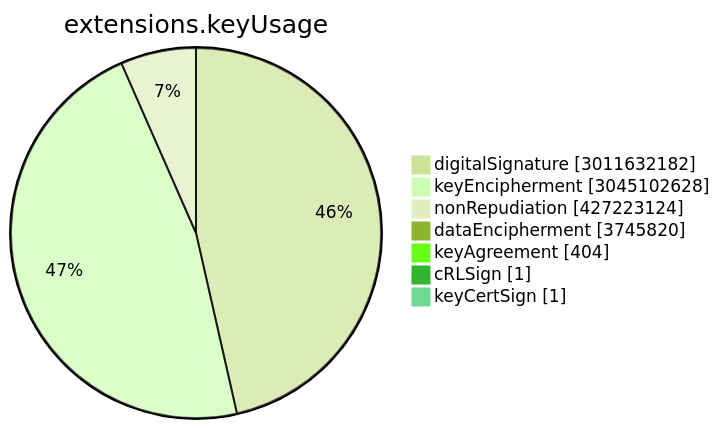
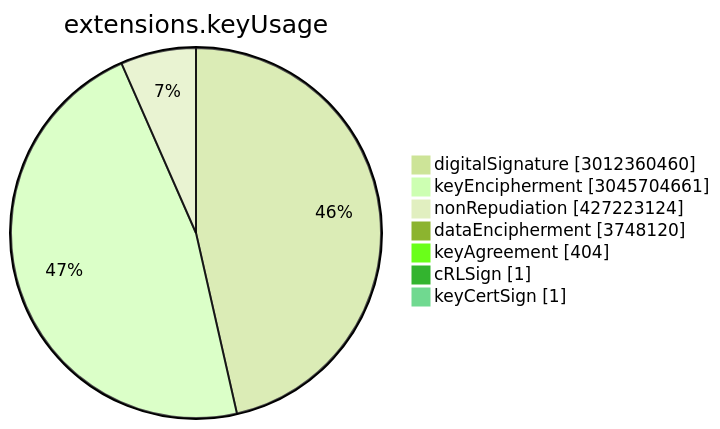
One commit to christiankrug/ctmonitor_visualization changed the sixth of 15 diagrams in TOTAL/README.md. Above: the diagram before and after it, drawn with Mermaid (forest theme). The commit also changed other lines of this file, not shown here.

````diff
--- a/TOTAL/README.md
+++ b/TOTAL/README.md
@@ -3076,11 +3076,11 @@
 ```mermaid
 pie showData
 title extensions.keyUsage
-"digitalSignature" :3011632182
-"keyEncipherment" :3045102628
+"digitalSignature" :3012360460
+"keyEncipherment" :3045704661
 "nonRepudiation" :427223124
-"dataEncipherment" :3745820
+"dataEncipherment" :3748120
 "keyAgreement" :404
 "cRLSign" :1
 "keyCertSign" :1
 ```
````
